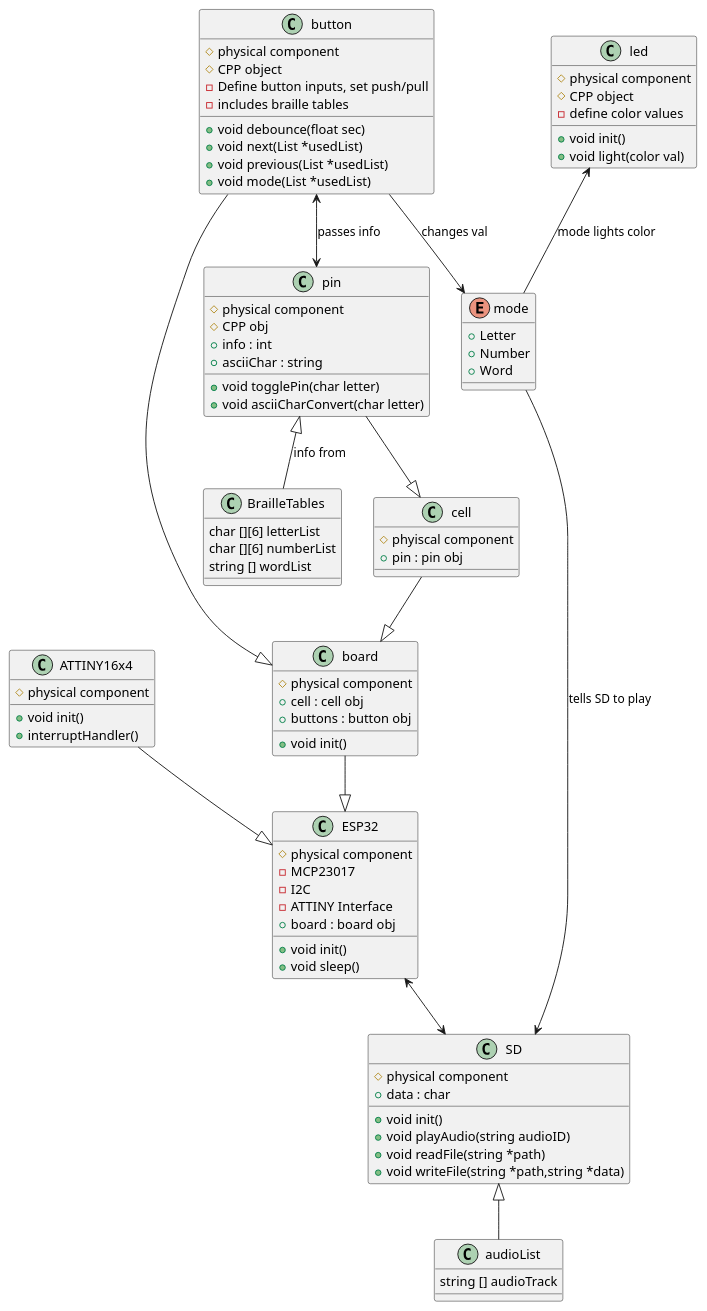
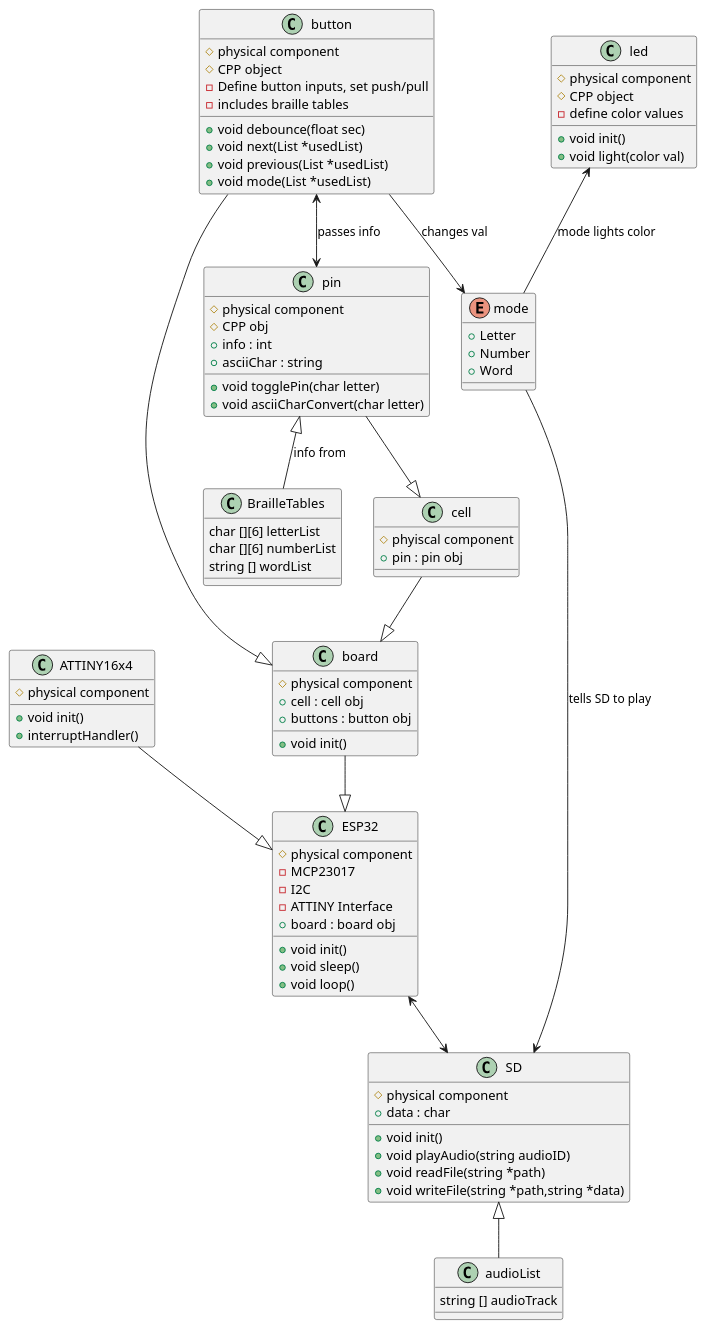
The diagram in Braille_Project/main/Braille.puml (nathe6/ENGR696-Braille), drawn with PlantUML before and after one commit. The commit also changed 1 other file, not shown here.

```diff
--- a/Braille_Project/main/Braille.puml
+++ b/Braille_Project/main/Braille.puml
@@ -1,100 +1,101 @@
 @startuml braille
 ' skinparam linetype polyline
 
 together {
     class board {
         # physical component
         + void init()
         + cell : cell obj
         + buttons : button obj
     }
 
     class cell {
         # phyiscal component
         + pin : pin obj
     }
 
         cell --|> board
         button --|> board
         pin --|> cell
 
     class pin {
         # physical component
         # CPP obj
         + info : int
         + asciiChar : string
         + void togglePin(char letter)
         + void asciiCharConvert(char letter)
     }
 
         pin <|-- BrailleTables : info from
         BrailleTables : char [][6] letterList
         BrailleTables : char [][6] numberList
         BrailleTables : string [] wordList
 
     class button {
         # physical component
         # CPP object
         - Define button inputs, set push/pull
         - includes braille tables
         + void debounce(float sec) 
         + void next(List *usedList) 
         + void previous(List *usedList)
         + void mode(List *usedList)
     }
 
         button <--> pin : passes info 
         button --> mode : changes val
 
 }
 
 class ESP32 {
     # physical component
     - MCP23017
     - I2C
     - ATTINY Interface
     + board : board obj
     + void init()
     + void sleep()
+    + void loop()
 }
 
 class ATTINY16x4 {
     # physical component
     + void init()
     + interruptHandler()
 }
 
     ATTINY16x4 --|> ESP32
     board --|> ESP32
 
 class SD {
     # physical component
     + data : char
     + void init()
     + void playAudio(string audioID)
     + void readFile(string *path)
     + void writeFile(string *path,string *data)
 }
 
     SD <|-- audioList 
     audioList : string [] audioTrack
     mode -> SD : tells SD to play
     ESP32 <--> SD 
 
 class led {
     # physical component
     # CPP object
     - define color values
     + void init()
     + void light(color val)
 }
 
     led <-- mode : mode lights color
 
 enum mode {
     + Letter
     + Number
     + Word
 } 
 
 @enduml
```
